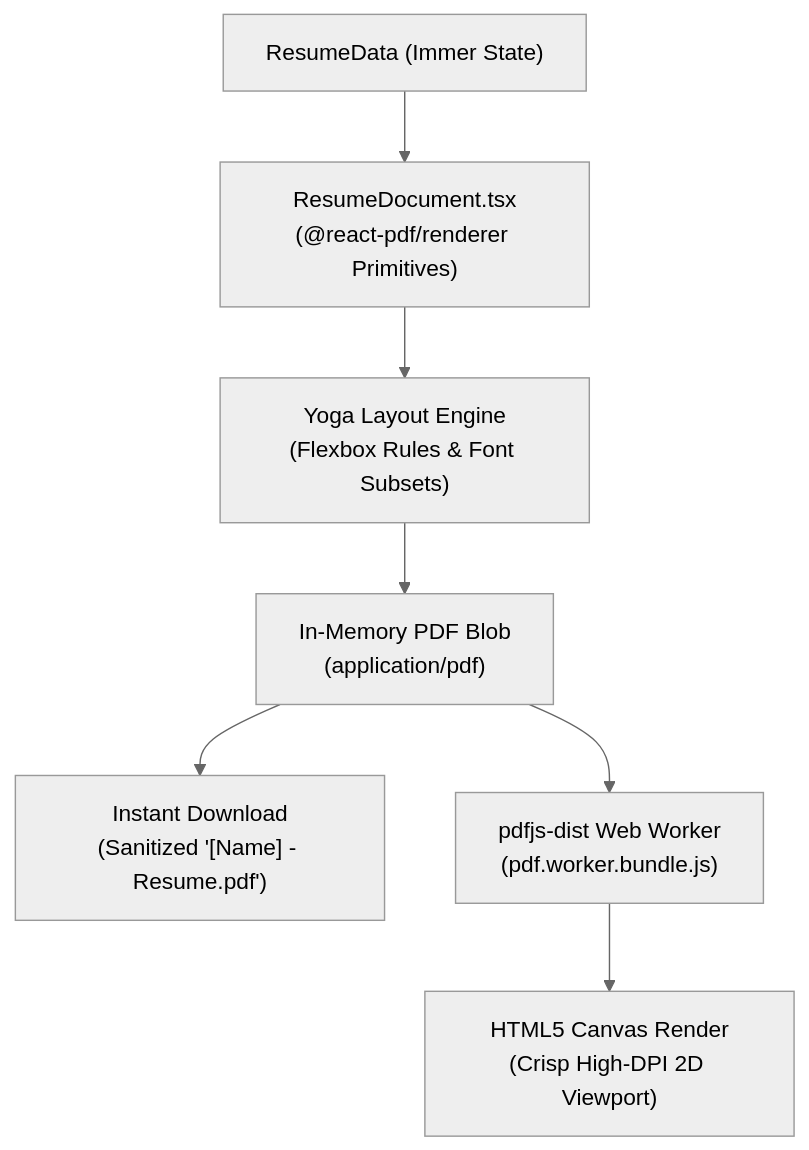
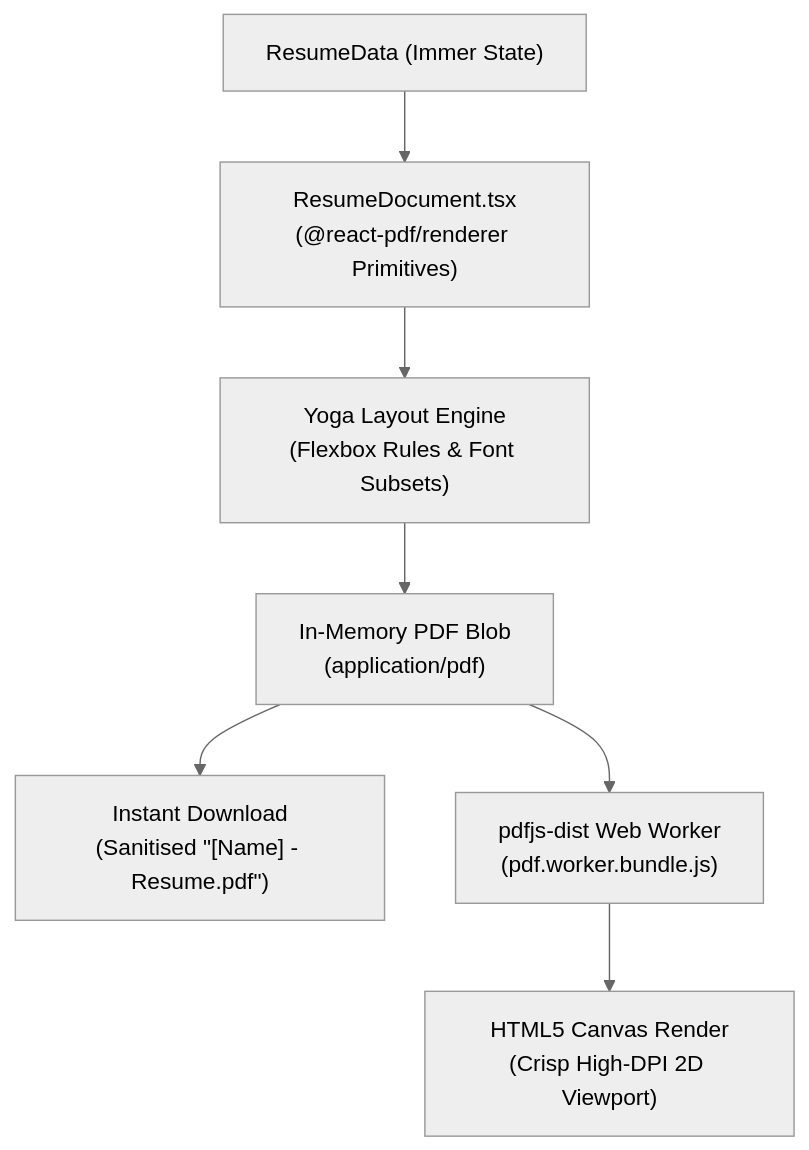
One commit to fiftythanks/resume-constructor changed the diagram in docs/src/content/docs/guides/preview-rendering.md. Above: the diagram before and after it, drawn with Mermaid (neutral theme). The commit also changed other lines of this file and 3 other files, not shown here.

````diff
--- a/docs/src/content/docs/guides/preview-rendering.md
+++ b/docs/src/content/docs/guides/preview-rendering.md
@@ -14,10 +13,10 @@
 ```mermaid
 flowchart TD
     State["ResumeData (Immer State)"] --> Document["ResumeDocument.tsx<br/>(@react-pdf/renderer Primitives)"]
     Document --> Engine["Yoga Layout Engine<br/>(Flexbox Rules & Font Subsets)"]
     Engine --> PDFBlob["In-Memory PDF Blob<br/>(application/pdf)"]
 
-    PDFBlob --> DownloadLink["Instant Download<br/>(Sanitized '[Name] - Resume.pdf')"]
+    PDFBlob --> DownloadLink["Instant Download<br/>(Sanitised #quot;[Name] - Resume.pdf#quot;)"]
     PDFBlob --> PDFWorker["pdfjs-dist Web Worker<br/>(pdf.worker.bundle.js)"]
     PDFWorker --> CanvasRaster["HTML5 Canvas Render<br/>(Crisp High-DPI 2D Viewport)"]
 ```
````
